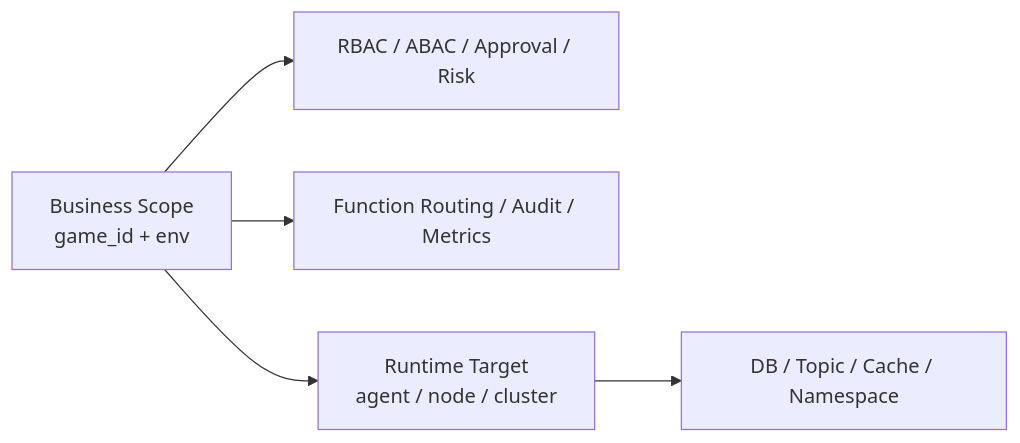
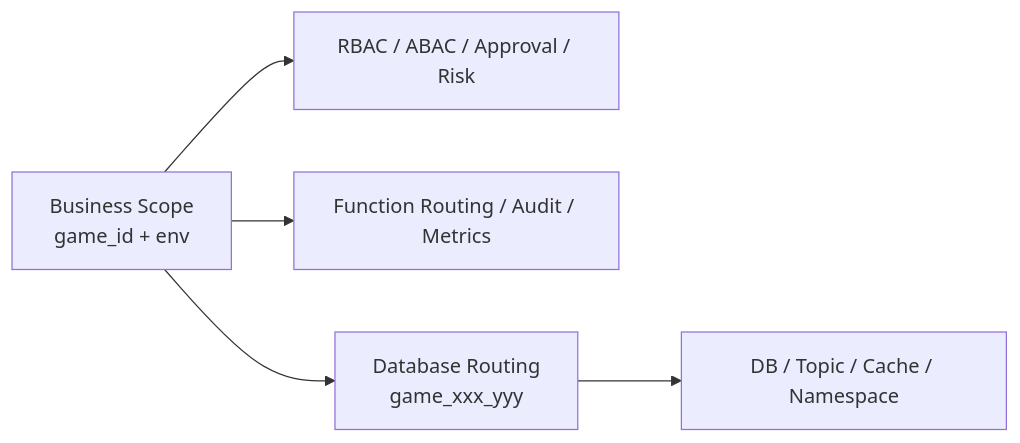
One commit to cuihairu/croupier changed the second of 2 diagrams in docs/architecture/game-environment-scope.md. Above: the diagram before and after it, drawn with Mermaid. The commit also changed other lines of this file and 6 other files, not shown here.

First line of the commit message:
refactor: adopt database-per-game architecture for Croupier

````diff
--- a/docs/architecture/game-environment-scope.md
+++ b/docs/architecture/game-environment-scope.md
@@ -113,7 +169,7 @@
 ```mermaid
 graph LR
   Scope[Business Scope<br/>game_id + env] --> Policy[RBAC / ABAC / Approval / Risk]
   Scope --> Routing[Function Routing / Audit / Metrics]
-  Scope --> Target[Runtime Target<br/>agent / node / cluster]
-  Target --> Infra[DB / Topic / Cache / Namespace]
+  Scope --> Database[Database Routing<br/>game_xxx_yyy]
+  Database --> Infra[DB / Topic / Cache / Namespace]
 ```
````
